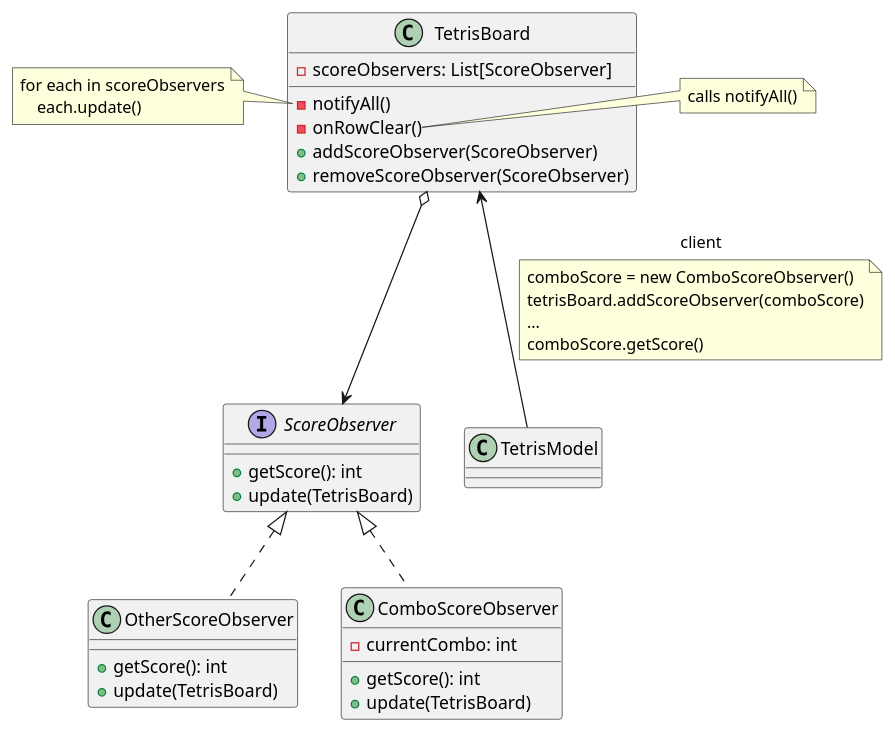
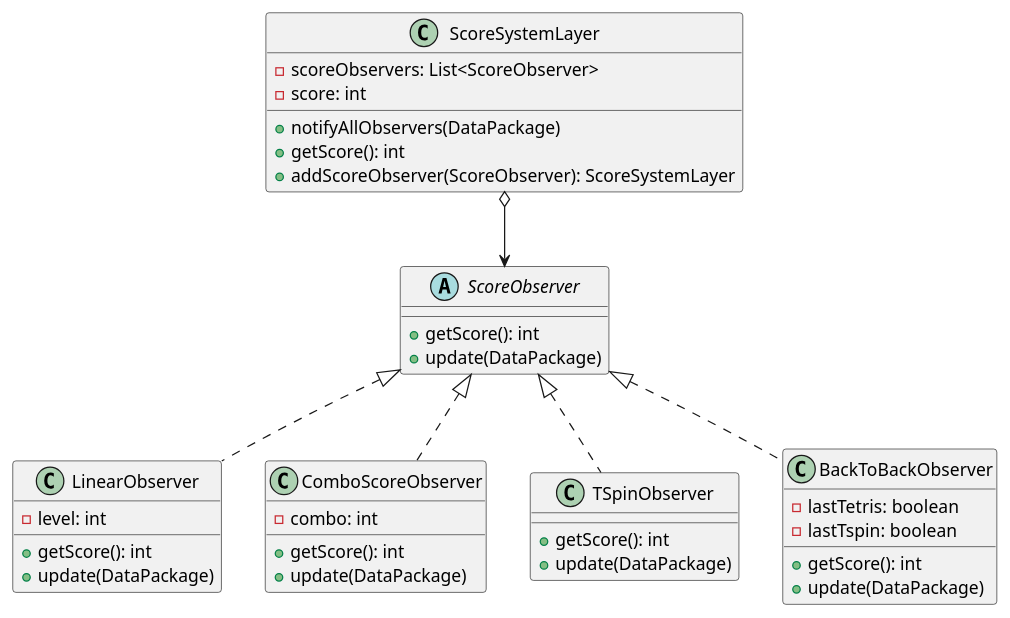
One commit to jimmy-zx/SAC changed the diagram in docs/uml/score.puml. Above: the diagram before and after it, drawn with PlantUML.

Commit message:
[docs] Updated uml for score

```diff
--- a/docs/uml/score.puml
+++ b/docs/uml/score.puml
@@ -1,53 +1,46 @@
 @startuml
 
-class TetrisBoard {
-- notifyAll()
-- onRowClear()
-- scoreObservers: List[ScoreObserver]
-+ addScoreObserver(ScoreObserver)
-+ removeScoreObserver(ScoreObserver)
+class ScoreSystemLayer {
+- scoreObservers: List<ScoreObserver>
+- score: int
++ notifyAllObservers(DataPackage)
++ getScore(): int
++ addScoreObserver(ScoreObserver): ScoreSystemLayer
 }
 
-note right of TetrisBoard::onRowClear
-calls notifyAll()
-end note
-
-note left of TetrisBoard::notifyAll
-for each in scoreObservers
-    each.update()
-end note
-
-interface ScoreObserver {
+abstract ScoreObserver {
 + getScore(): int
-+ update(TetrisBoard)
++ update(DataPackage)
 }
 
-class OtherScoreObserver {
+class LinearObserver {
+- level: int
 + getScore(): int
-+ update(TetrisBoard)
++ update(DataPackage)
 }
 
 class ComboScoreObserver {
-- currentCombo: int
+- combo: int
 + getScore(): int
-+ update(TetrisBoard)
++ update(DataPackage)
 }
 
-class TetrisModel {
-
+class TSpinObserver {
++ getScore(): int
++ update(DataPackage)
 }
 
+class BackToBackObserver {
+- lastTetris: boolean
+- lastTspin: boolean
++ getScore(): int
++ update(DataPackage)
+}
 
-TetrisBoard o--> ScoreObserver
-ScoreObserver <|.. OtherScoreObserver
+ScoreSystemLayer o--> ScoreObserver
+ScoreObserver <|.. LinearObserver
 ScoreObserver <|.. ComboScoreObserver
-TetrisBoard <-- TetrisModel: client
-
-note on link
-comboScore = new ComboScoreObserver()
-tetrisBoard.addScoreObserver(comboScore)
-...
-comboScore.getScore()
-end note
+ScoreObserver <|.. TSpinObserver
+ScoreObserver <|.. BackToBackObserver
 
 @enduml
```
